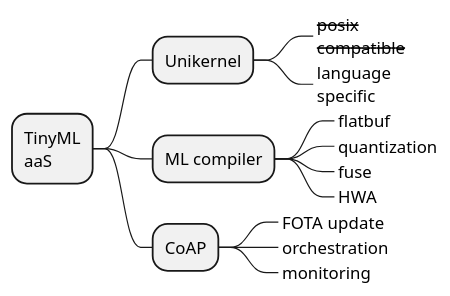
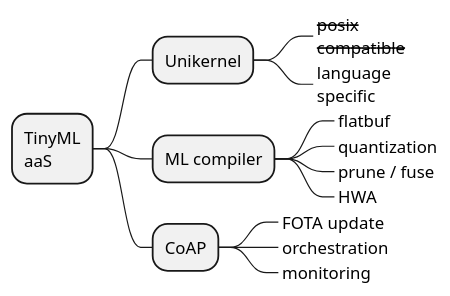
The diagram in tinyml-infra.puml (doyu/elc2019), drawn with PlantUML before and after one commit. The commit also changed 2 other files, not shown here.

Commit message:
add 'prune' in addition to 'fuse'

```diff
--- a/tinyml-infra.puml
+++ b/tinyml-infra.puml
@@ -1,17 +1,17 @@
 @startmindmap
 
 * TinyML\naaS
 ** Unikernel
 ***_ <s>posix</s>\n<s>compatible</s>
 ***_ language\nspecific
 ** ML compiler
 ***_ flatbuf
 ***_ quantization
-***_ fuse
+***_ prune / fuse
 ***_ HWA
 ** CoAP
 ***_ FOTA update
 ***_ orchestration
 ***_ monitoring
 
 @endmindmap
```
